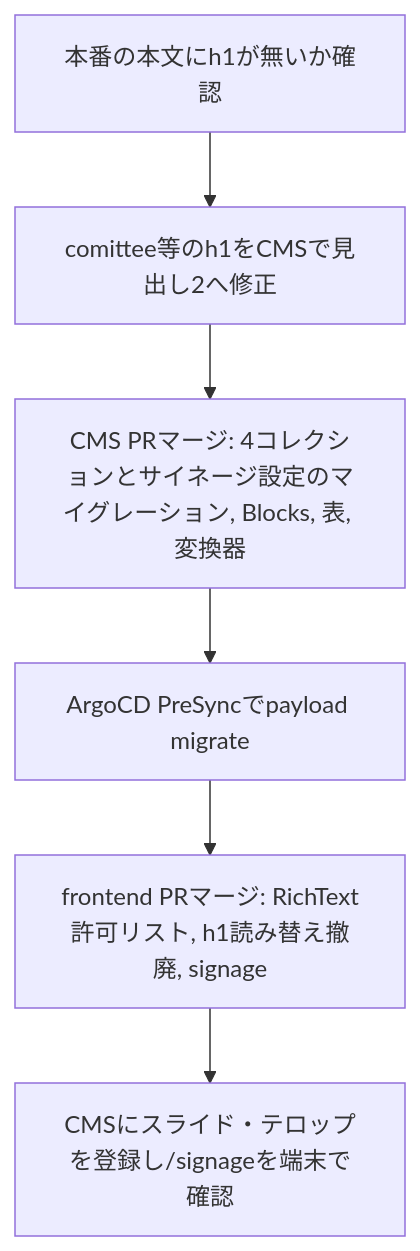
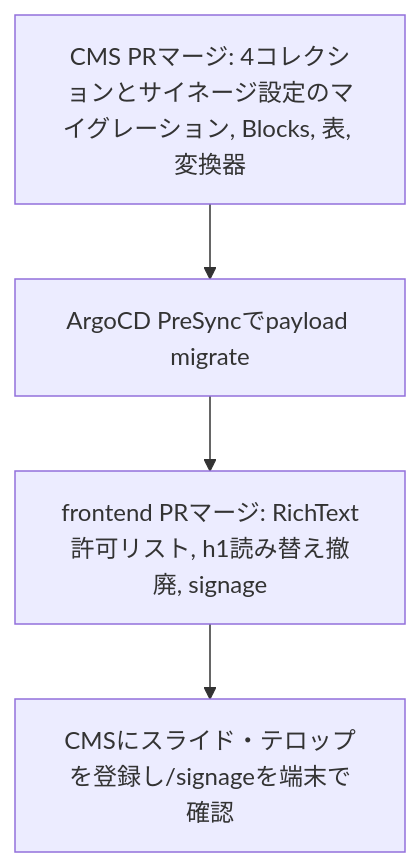
The sixth of 6 diagrams in .kiro/specs/digital-signage/design.md (aramakisai/aramakisai-web), drawn with Mermaid before and after one commit. The commit also changed other lines of this file and 1 other file, not shown here.

````diff
--- a/.kiro/specs/digital-signage/design.md
+++ b/.kiro/specs/digital-signage/design.md
@@ -1165,8 +1165,7 @@
 ```mermaid
 flowchart TD
-  A[本番の本文にh1が無いか確認] --> B[comittee等のh1をCMSで見出し2へ修正]
-  B --> C[CMS PRマージ: 4コレクションとサイネージ設定のマイグレーション, Blocks, 表, 変換器]
+  C[CMS PRマージ: 4コレクションとサイネージ設定のマイグレーション, Blocks, 表, 変換器]
   C --> D[ArgoCD PreSyncでpayload migrate]
   D --> E[frontend PRマージ: RichText許可リスト, h1読み替え撤廃, signage]
   E --> F[CMSにスライド・テロップを登録し/signageを端末で確認]
 ```
````
